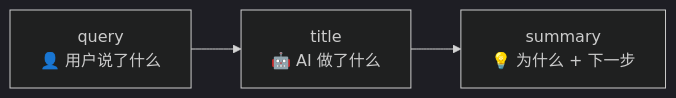
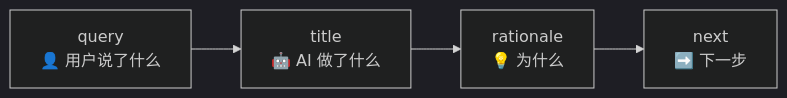
Before and after one commit to dozybot001/Intent: the second of 4 diagrams in docs/CN/cli.md, drawn with Mermaid (dark theme). The commit also changed other lines of this file and 2 other files, not shown here.

First line of the commit message:
Replace summary with rationale + next across all docs

````diff
--- a/docs/CN/cli.md
+++ b/docs/CN/cli.md
@@ -119,4 +119,4 @@
 ```mermaid
 flowchart LR
-  Q["query\n👤 用户说了什么"] --> T["title\n🤖 AI 做了什么"] --> S["summary\n💡 为什么 + 下一步"]
+  Q["query\n👤 用户说了什么"] --> T["title\n🤖 AI 做了什么"] --> R["rationale\n💡 为什么"] --> N["next\n➡️ 下一步"]
 ```
````
